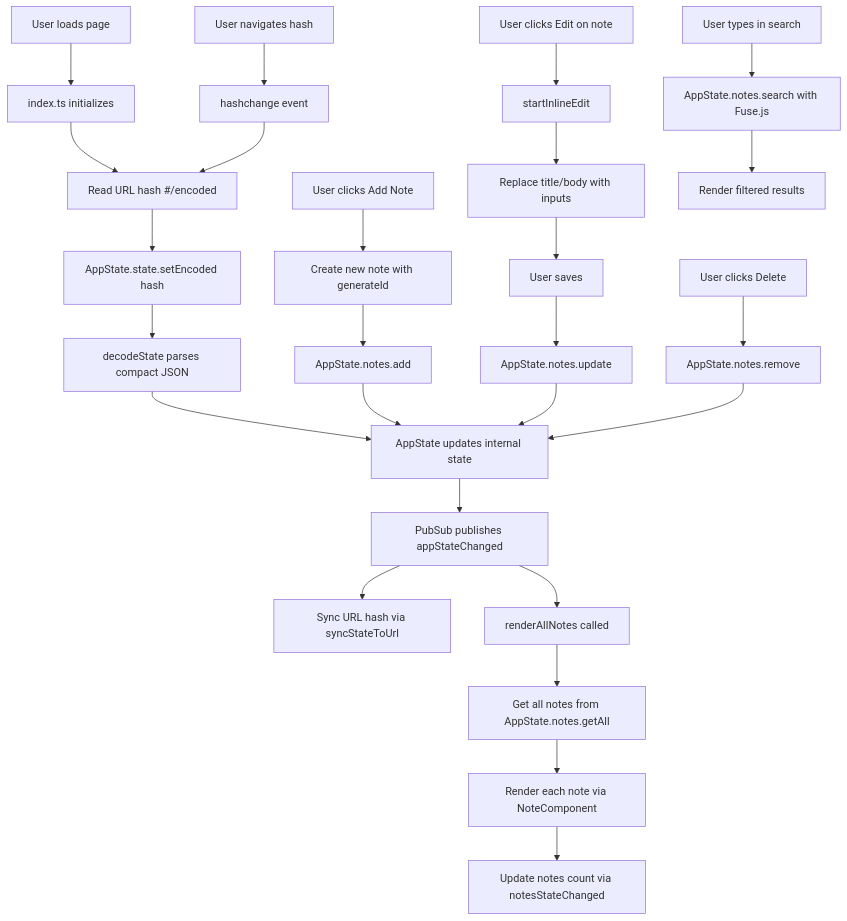
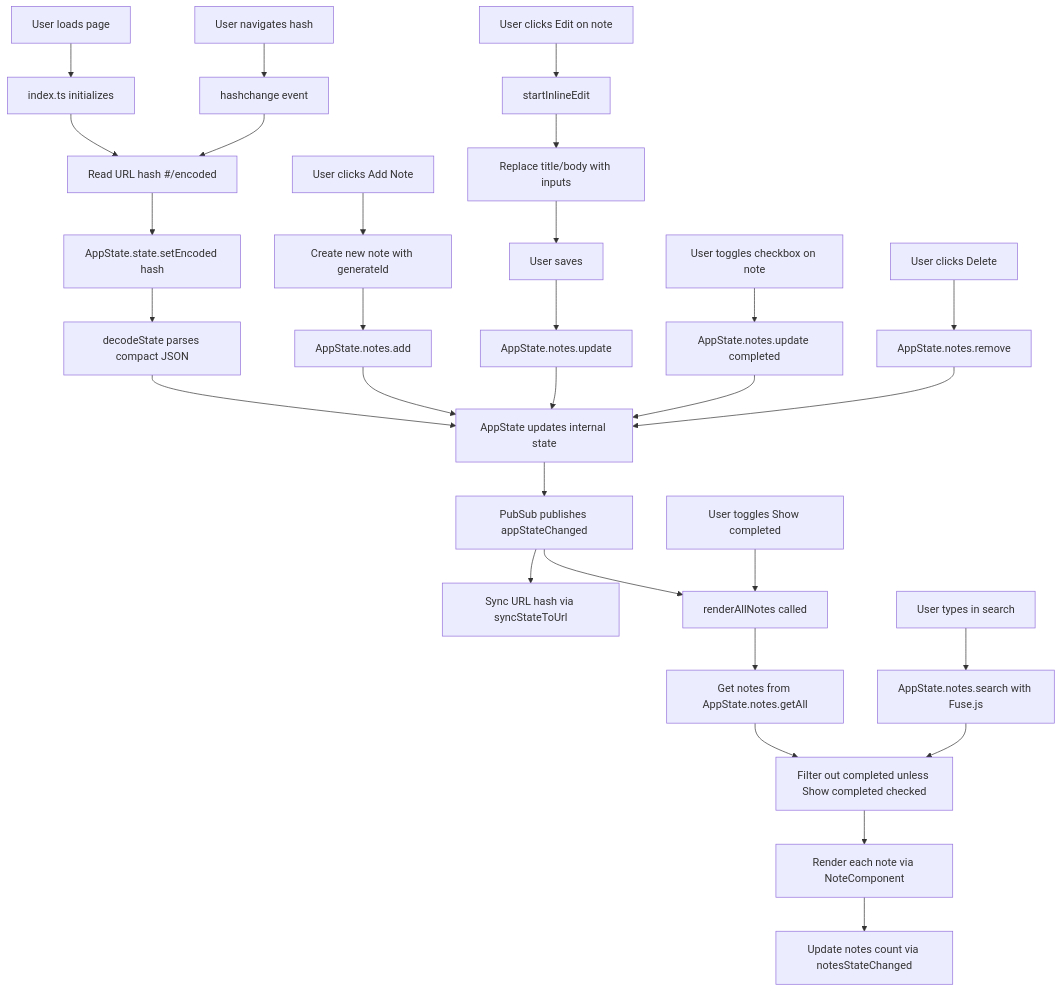
One commit to hiimalexjgarcia/base64-encoded-state-test changed the diagram in README.md. Above: the diagram before and after it, drawn with Mermaid. The commit also changed other lines of this file and 1 other file, not shown here.

Commit message:
docs: update README and flow diagram for current state

````diff
--- a/README.md
+++ b/README.md
@@ -58,33 +60,39 @@
 ```mermaid
 graph TD
     A[User loads page] --> B[index.ts initializes]
     B --> C[Read URL hash #/encoded]
     C --> D[AppState.state.setEncoded hash]
     D --> E[decodeState parses compact JSON]
     E --> F[AppState updates internal state]
     F --> G[PubSub publishes appStateChanged]
     G --> H[Sync URL hash via syncStateToUrl]
     G --> I[renderAllNotes called]
-    I --> J[Get all notes from AppState.notes.getAll]
-    J --> K[Render each note via NoteComponent]
-    K --> L[Update notes count via notesStateChanged]
+    I --> J[Get notes from AppState.notes.getAll]
+    J --> K[Filter out completed unless Show completed checked]
+    K --> L[Render each note via NoteComponent]
+    L --> M[Update notes count via notesStateChanged]
     
-    M[User clicks Add Note] --> N[Create new note with generateId]
-    N --> O[AppState.notes.add]
-    O --> F
+    N[User clicks Add Note] --> O[Create new note with generateId]
+    O --> P[AppState.notes.add]
+    P --> F
     
-    P[User clicks Edit on note] --> Q[startInlineEdit]
-    Q --> R[Replace title/body with inputs]
-    R --> S[User saves]
-    S --> T[AppState.notes.update]
-    T --> F
+    Q[User clicks Edit on note] --> R[startInlineEdit]
+    R --> S[Replace title/body with inputs]
+    S --> T[User saves]
+    T --> U[AppState.notes.update]
+    U --> F
     
-    U[User clicks Delete] --> V[AppState.notes.remove]
-    V --> F
+    V[User toggles checkbox on note] --> W[AppState.notes.update completed]
+    W --> F
     
-    W[User types in search] --> X[AppState.notes.search with Fuse.js]
-    X --> Y[Render filtered results]
+    X[User clicks Delete] --> Y[AppState.notes.remove]
+    Y --> F
     
-    Z[User navigates hash] --> AA[hashchange event]
-    AA --> C
+    Z[User types in search] --> AA[AppState.notes.search with Fuse.js]
+    AA --> K
+    
+    AB[User toggles Show completed] --> I
+    
+    AC[User navigates hash] --> AD[hashchange event]
+    AD --> C
 ```
````
